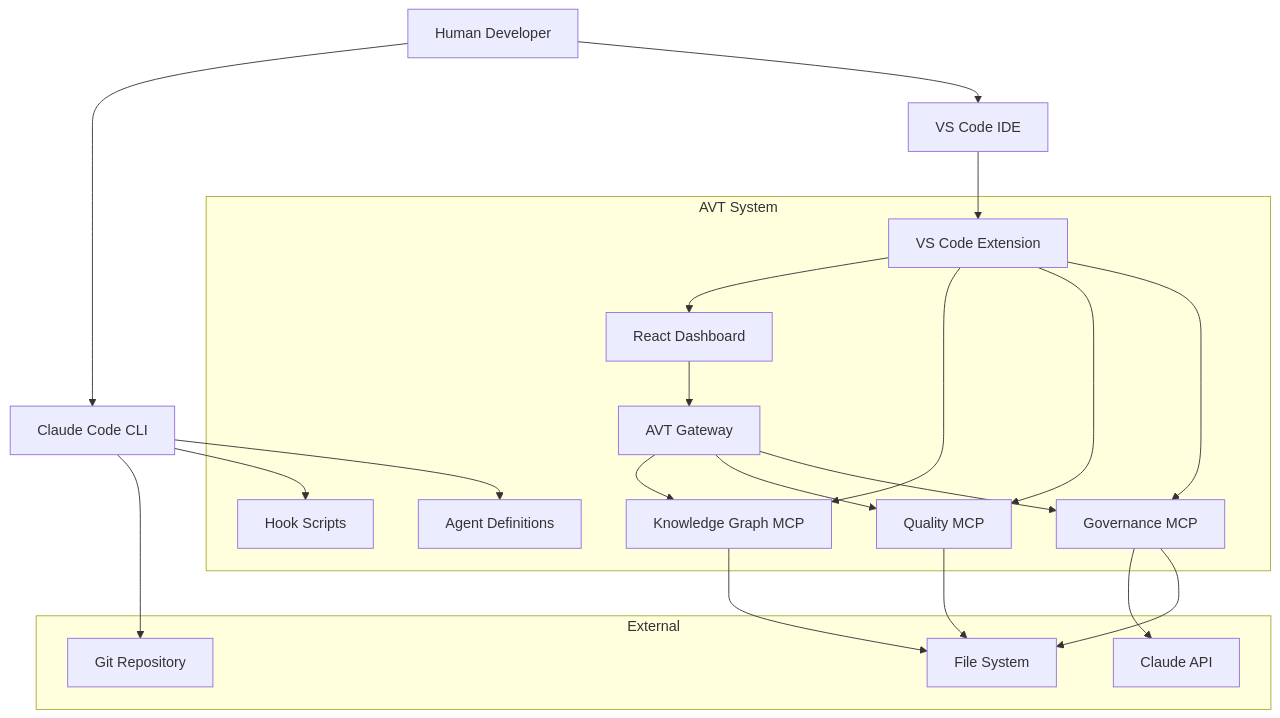
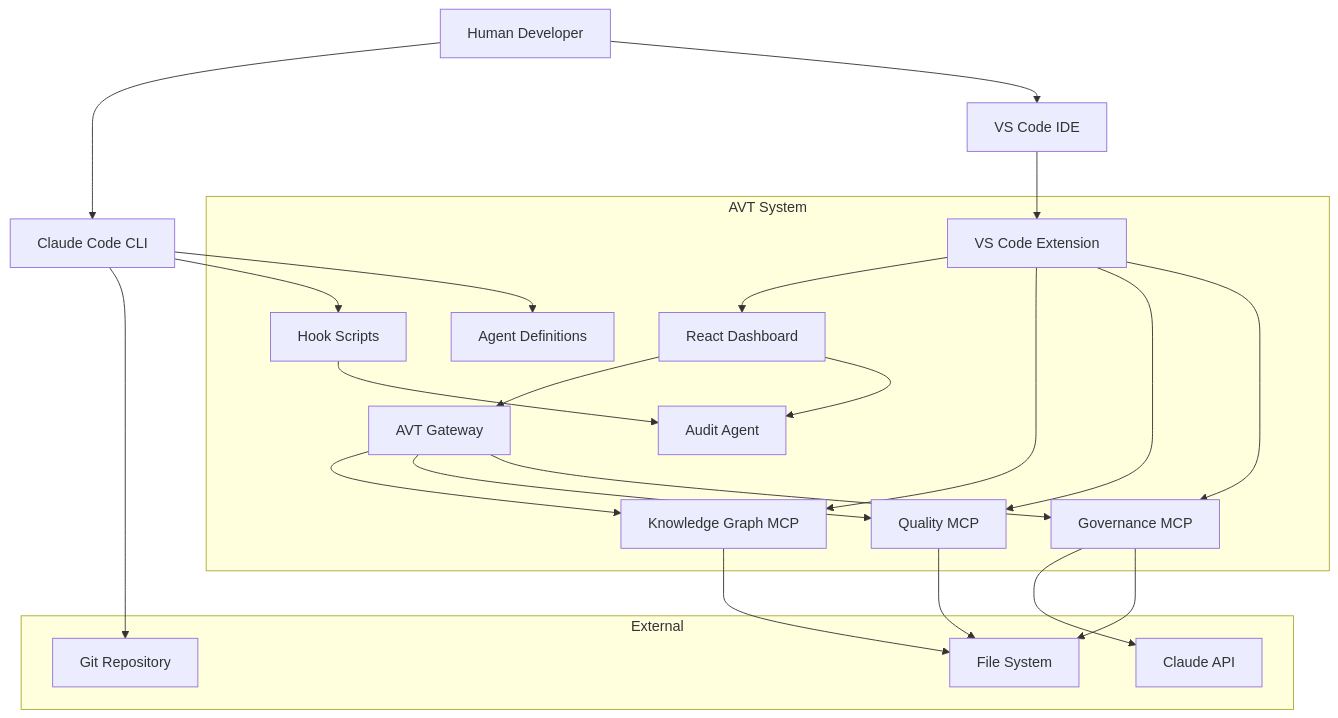
The first of 2 diagrams in docs/architecture/overview.md (sirfifer/agent-vision-team), drawn with Mermaid before and after one commit. The commit also changed other lines of this file and 5 other files, not shown here.

Commit message:
feat: implement audit agent using a hook piggyback architecture with tiered LLM escalation for anomaly detection.

````diff
--- a/docs/architecture/overview.md
+++ b/docs/architecture/overview.md
@@ -9,44 +9,47 @@
 ```mermaid
 graph TB
     Human[Human Developer]
     CC[Claude Code CLI]
     VSCode[VS Code IDE]
 
     Human --> CC
     Human --> VSCode
 
     subgraph AVT System
         Ext[VS Code Extension]
         GW[AVT Gateway]
         Dashboard[React Dashboard]
         KG[Knowledge Graph MCP]
         QS[Quality MCP]
         GOV[Governance MCP]
         Hooks[Hook Scripts]
         Agents[Agent Definitions]
+        Audit[Audit Agent]
     end
 
     CC --> Hooks
     CC --> Agents
     VSCode --> Ext
     Ext --> Dashboard
     Ext --> KG
     Ext --> QS
     Ext --> GOV
     GW --> KG
     GW --> QS
     GW --> GOV
     Dashboard --> GW
+    Hooks --> Audit
+    Dashboard --> Audit
 
     subgraph External
         Git[Git Repository]
         LLM[Claude API]
         FS[File System]
     end
 
     CC --> Git
     GOV --> LLM
     KG --> FS
     GOV --> FS
     QS --> FS
 ```
````
